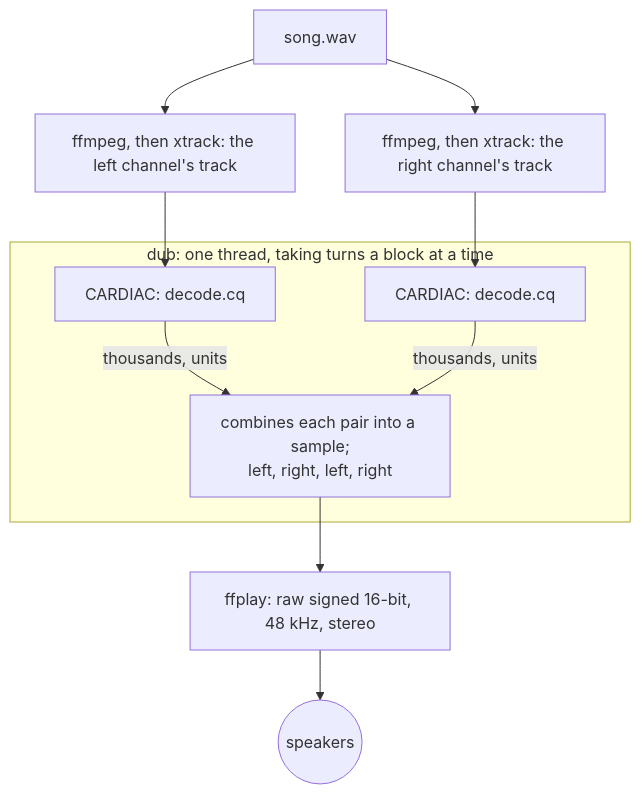
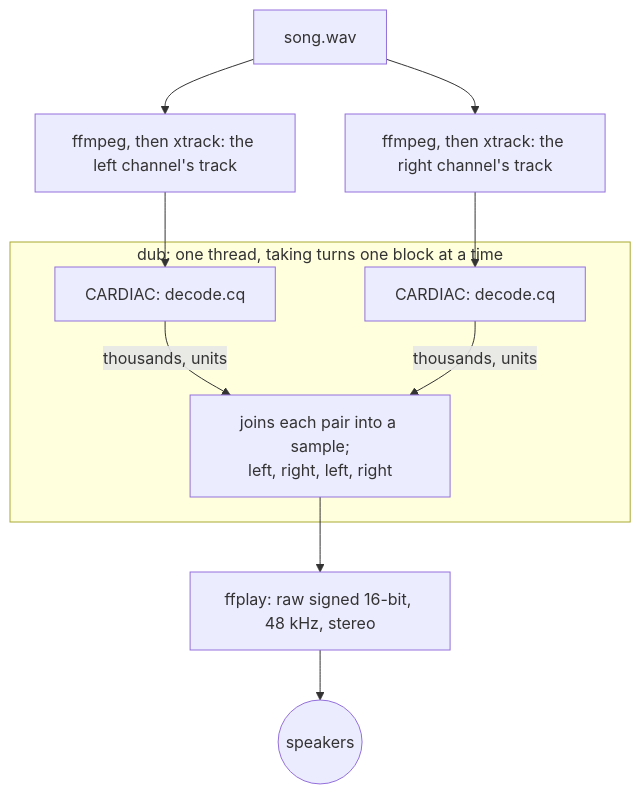
The fourth of 4 diagrams in docs/AUDIO.md (StrangeQuery/cardiaq), drawn with Mermaid before and after one commit. The commit also changed other lines of this file and 2 other files, not shown here.

````diff
--- a/docs/AUDIO.md
+++ b/docs/AUDIO.md
@@ -575,15 +661,15 @@
 ```mermaid
 flowchart TD
   A["song.wav"] --> PL["ffmpeg, then xtrack: the left channel's track"]
   A --> PR["ffmpeg, then xtrack: the right channel's track"]
-  subgraph dub ["dub: one thread, taking turns a block at a time"]
+  subgraph dub ["dub: one thread, taking turns one block at a time"]
     CL["CARDIAC: decode.cq"]
     CR["CARDIAC: decode.cq"]
-    J["combines each pair into a sample;<br/>left, right, left, right"]
+    J["joins each pair into a sample;<br/>left, right, left, right"]
   end
   PL --> CL
   PR --> CR
   CL -- "thousands, units" --> J
   CR -- "thousands, units" --> J
   J --> FF["ffplay: raw signed 16-bit, 48 kHz, stereo"] --> SP(("speakers"))
 ```
````
